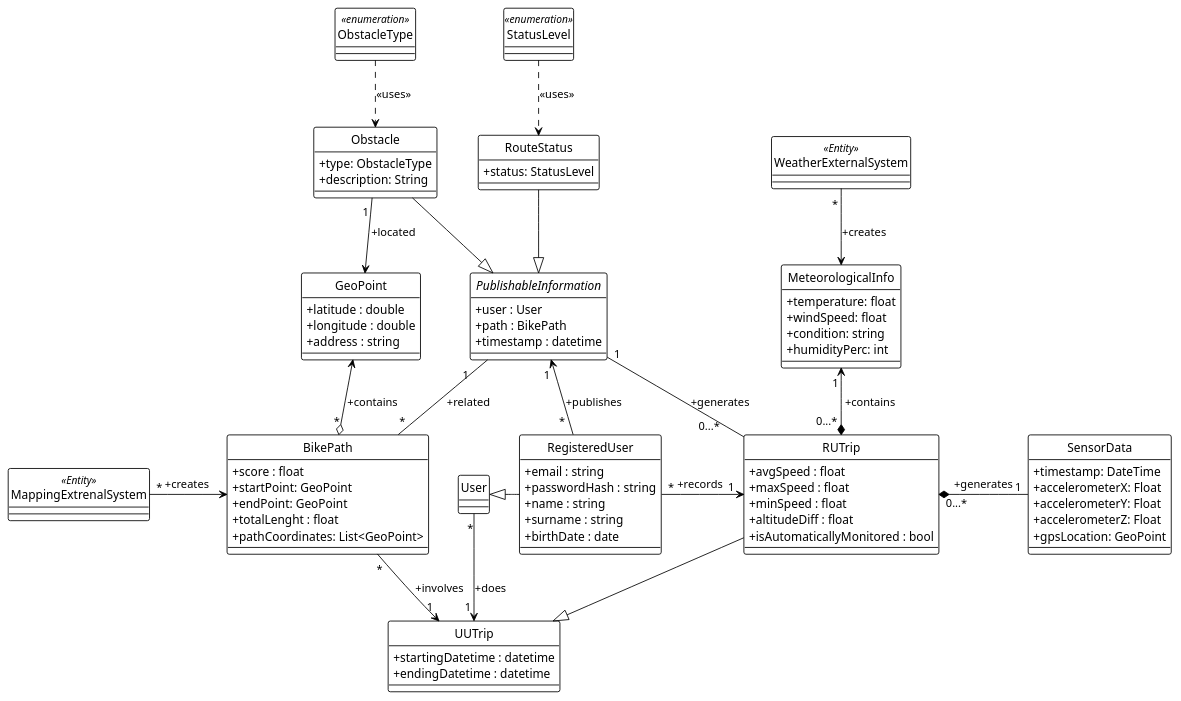
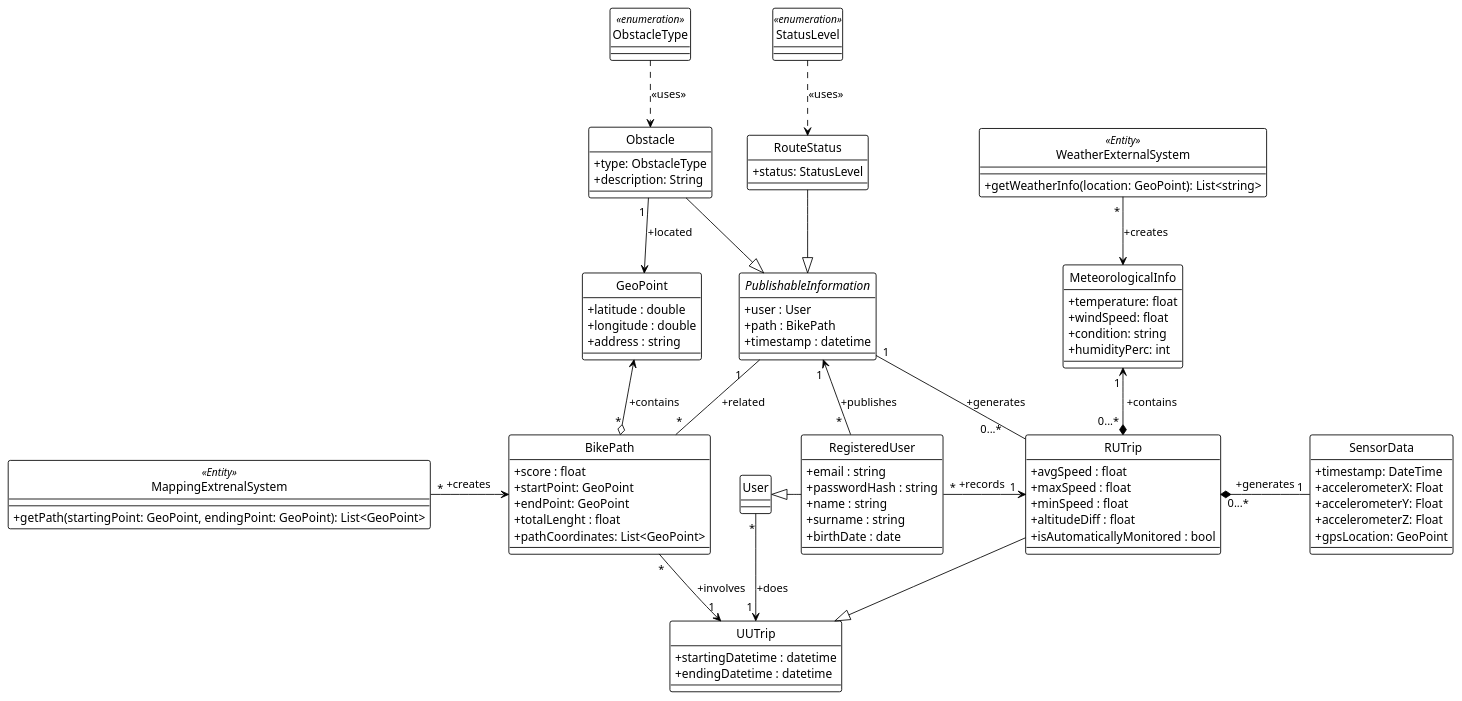
Before and after one commit to Guflie/PoliMi-SWE2-RDD-project: the diagram in diagrams/class_diagram.puml, drawn with PlantUML. The commit also changed 1 other file, not shown here.

Commit message:
[RASD] Update Domain Class Diagram

```diff
--- a/diagrams/class_diagram.puml
+++ b/diagrams/class_diagram.puml
@@ -1,130 +1,130 @@
 @startuml domain_class_diagram
 !theme plain
 
 ' switch to std UML notation for visibility
 skinparam classAttributeIconSize 0
 
 
 hide circle
 
 ' --- Abstract Class ---
 abstract class "PublishableInformation" as pi {
 + user : User
 + path : BikePath
 + timestamp : datetime 
 }
 
 ' --- Enumerations ---
 ' I dont' know if giving this effort on classifyng the cases is woth or not
 enum "ObstacleType" as ot << enumeration >> { }
 
 ' Same thing as before
 enum "StatusLevel" as sl << enumeration >> { }
 
 ' --- Classes ---
 class "GeoPoint" as gp {
 + latitude : double
 + longitude : double
 + address : string
 }
 
 class "User" as u { }
 
 class "RegisteredUser" as ru {
 + email : string
 + passwordHash : string
 + name : string
 + surname : string
 + birthDate : date
 }
 
 class "RUTrip" as rut {
 + avgSpeed : float
 + maxSpeed : float
 + minSpeed : float
 + altitudeDiff : float
 + isAutomaticallyMonitored : bool
 }
 
 class "UUTrip" as ut {
 + startingDatetime : datetime
 + endingDatetime : datetime
 }
 
 class "MeteorologicalInfo" as mi {
 + temperature: float 
 + windSpeed: float
 + condition: string
 + humidityPerc: int
 }
 
 class "SensorData" as sd {
 + timestamp: DateTime
 + accelerometerX: Float
 + accelerometerY: Float
 + accelerometerZ: Float
 + gpsLocation: GeoPoint
 }
 
 class "BikePath" as bp {
 + score : float
 + startPoint: GeoPoint
 + endPoint: GeoPoint
 + totalLenght : float
 + pathCoordinates: List<GeoPoint>
 }
 
 class "Obstacle" as o {
 + type: ObstacleType
 + description: String
 }
 
 class "RouteStatus" as rs {
 + status: StatusLevel
 }
 
 entity "MappingExtrenalSystem" as ms << Entity >>{
-'  represent this as an actor?
++ getPath(startingPoint: GeoPoint, endingPoint: GeoPoint): List<GeoPoint>
 }
 
 entity "WeatherExternalSystem" as ws << Entity >> {
-
++ getWeatherInfo(location: GeoPoint): List<string>
 }
 
 ' --- Relationships ---
 ' Following relationships are listed in this way in order to make the diagram clearer
 
 ms "*" ->  bp : "+creates "
 
 
 bp "*" --> " 1" ut : "+involves "
 
 rut --|> ut
 
 u "*" --> "1 " ut : "+does"
 
 ru "*" -> "1 " rut : "+records  "
 
 u <|- ru
 
 pi "1    " -- "*" bp : "+related"
 
 pi "1" -- "0...*      " rut : "+generates"
 
 gp <--o "*" bp : "+contains"
 
 rs --|> pi
 o --|> pi
 
 sl ..> rs : <<uses>>
 ot ..> o : <<uses>>
 
 o "1 " --> gp : "+located"
 
 pi "1 " <-- " *  " ru : "+publishes"
 
 mi "1 " <--* "0...* " rut : " +contains"
 ws " * " --> mi : "+creates"
 rut "0...*" *- "  1" sd : "+generates"
 
 @enduml
```
